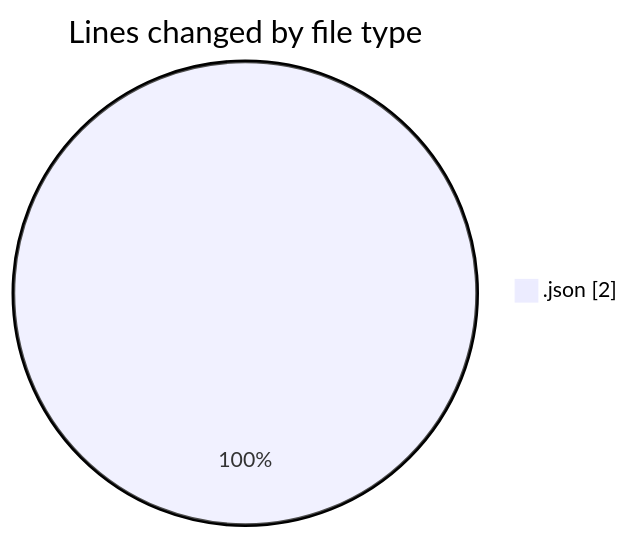
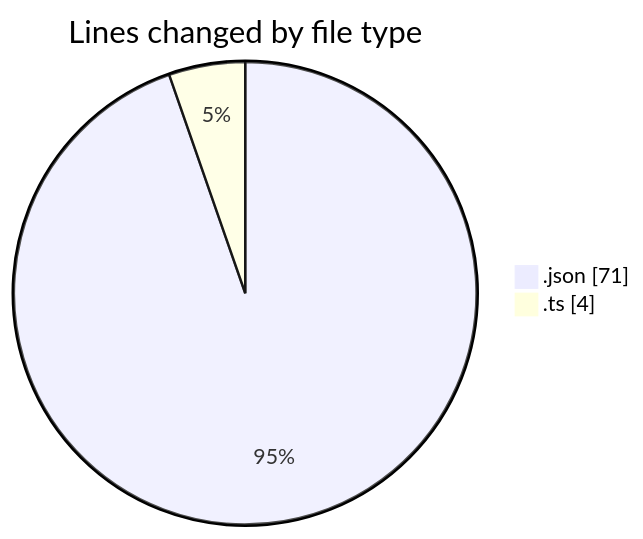
The first of 2 diagrams in 2025-05-07/cda/README.md (momahboobian/code-tracking), drawn with Mermaid before and after one commit. The commit also changed other lines of this file and 1 other file, not shown here.

````diff
--- a/2025-05-07/cda/README.md
+++ b/2025-05-07/cda/README.md
@@ -20,5 +23,6 @@
 ```mermaid
 pie showData
 title Lines changed by file type
-".json" : 2
+".json" : 71
+".ts" : 4
 ```
````
